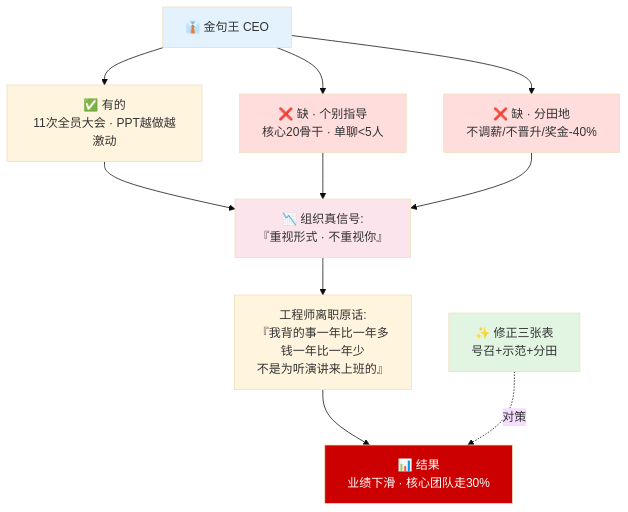
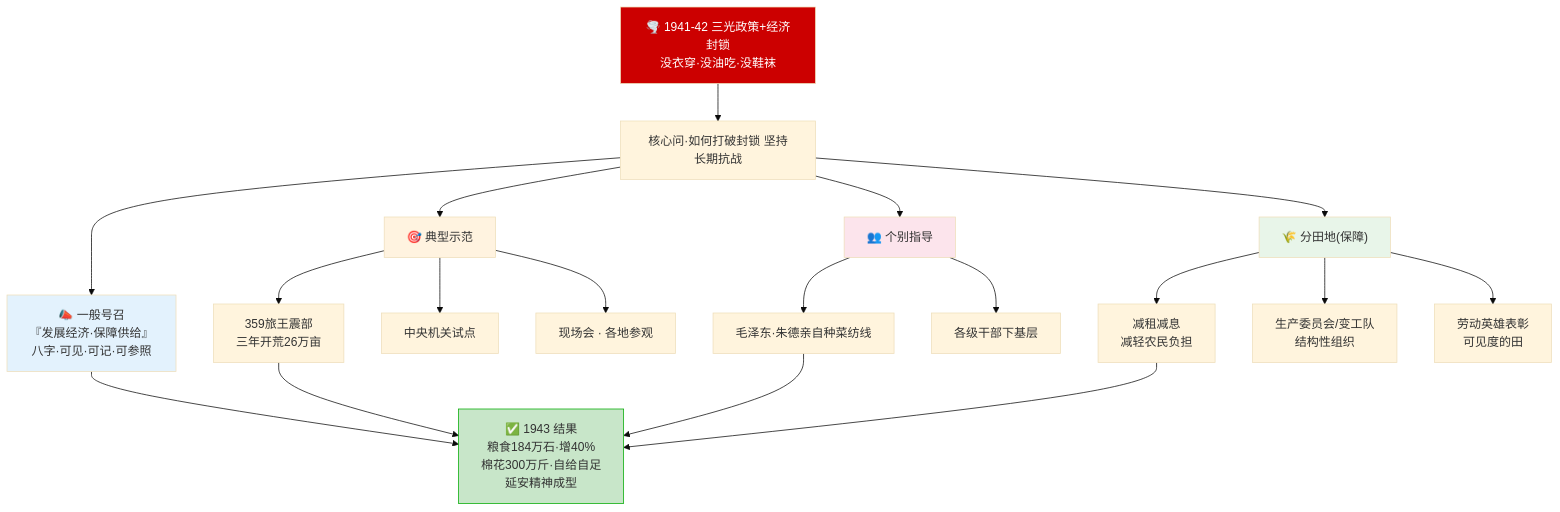
Before and after one commit to chongyang211/YCBookBlog: the eighth of 12 diagrams in packages/website/13.书籍/01.毛选实战心法/30.动员群众指导法.md, drawn with Mermaid (base theme). The commit also changed other lines of this file and 10 other files, not shown here.

````diff
--- a/packages/website/13.书籍/01.毛选实战心法/30.动员群众指导法.md
+++ b/packages/website/13.书籍/01.毛选实战心法/30.动员群众指导法.md
@@ -223,23 +382,29 @@
 ```mermaid
 flowchart TB
-    CEO["👔 金句王 CEO"] --> Have["✅ 有的<br/>11次全员大会 · PPT越做越激动"]
-    CEO --> Miss1["❌ 缺 · 个别指导<br/>核心20骨干 · 单聊<5人"]
-    CEO --> Miss2["❌ 缺 · 分田地<br/>不调薪/不晋升/奖金-40%"]
+    Bg["🌪️ 1941-42 三光政策+经济封锁<br/>没衣穿·没油吃·没鞋袜"] --> Q["核心问·如何打破封锁 坚持长期抗战"]
 
-    Have --> Sig["📉 组织真信号:<br/>『重视形式 · 不重视你』"]
-    Miss1 --> Sig
-    Miss2 --> Sig
+    Q --> Call["📣 一般号召<br/>『发展经济·保障供给』<br/>八字·可见·可记·可参照"]
+    Q --> Demo["🎯 典型示范"]
+    Q --> Guide["👥 个别指导"]
+    Q --> Field["🌾 分田地(保障)"]
 
-    Sig --> Q["工程师离职原话:<br/>『我背的事一年比一年多<br/>钱一年比一年少<br/>不是为听演讲来上班的』"]
+    Demo --> D1["359旅王震部<br/>三年开荒26万亩"]
+    Demo --> D2["中央机关试点"]
+    Demo --> D3["现场会 · 各地参观"]
 
-    Q --> R["📊 结果<br/>业绩下滑 · 核心团队走30%"]
+    Guide --> G1["毛泽东·朱德亲自种菜纺线"]
+    Guide --> G2["各级干部下基层"]
 
-    Fix["✨ 修正三张表<br/>号召+示范+分田"] -.对策.-> R
+    Field --> F1["减租减息<br/>减轻农民负担"]
+    Field --> F2["生产委员会/变工队<br/>结构性组织"]
+    Field --> F3["劳动英雄表彰<br/>可见度的田"]
 
-    style CEO fill:#e3f2fd
-    style Miss1 fill:#fdd
-    style Miss2 fill:#fdd
-    style Sig fill:#fce4ec
-    style R fill:#c00,color:#fff
-    style Fix fill:#e2f5e2
+    Call & D1 & G1 & F1 --> Res["✅ 1943 结果<br/>粮食184万石·增40%<br/>棉花300万斤·自给自足<br/>延安精神成型"]
+
+    style Bg fill:#c00,color:#fff
+    style Call fill:#e3f2fd
+    style Demo fill:#fff3e0
+    style Guide fill:#fce4ec
+    style Field fill:#e8f5e9
+    style Res fill:#c8e6c9,stroke:#0a0
 ```
````
